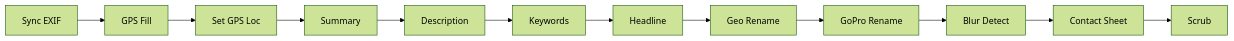
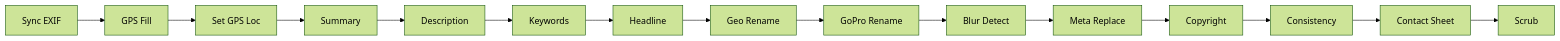
One commit to igoros777/photoshell changed the diagram in docs/web_ui_help.md. Above: the diagram before and after it, drawn with Mermaid (forest theme). The commit also changed other lines of this file and 3 other files, not shown here.

````diff
--- a/docs/web_ui_help.md
+++ b/docs/web_ui_help.md
@@ -26,14 +26,17 @@
 ```mermaid
 flowchart LR
     A[Sync EXIF] --> B[GPS Fill]
     B --> B2[Set GPS Loc]
     B2 --> C[Summary]
     C --> D[Description]
     D --> E[Keywords]
     E --> E2[Headline]
     E2 --> F[Geo Rename]
     F --> G[GoPro Rename]
     G --> H[Blur Detect]
-    H --> I[Contact Sheet]
+    H --> H2[Meta Replace]
+    H2 --> H3[Copyright]
+    H3 --> H4[Consistency]
+    H4 --> I[Contact Sheet]
     I --> J[Scrub]
 ```
````
